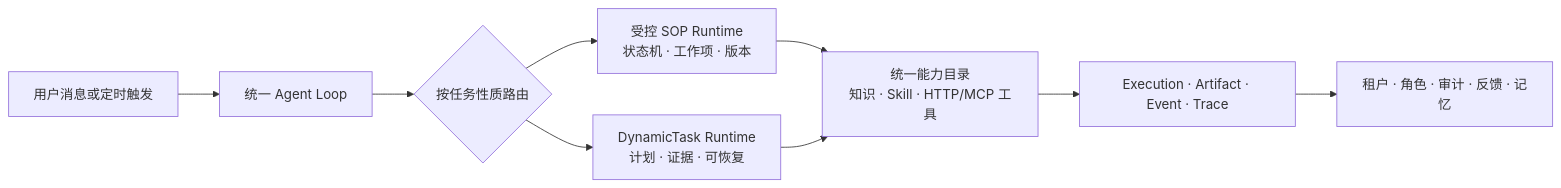
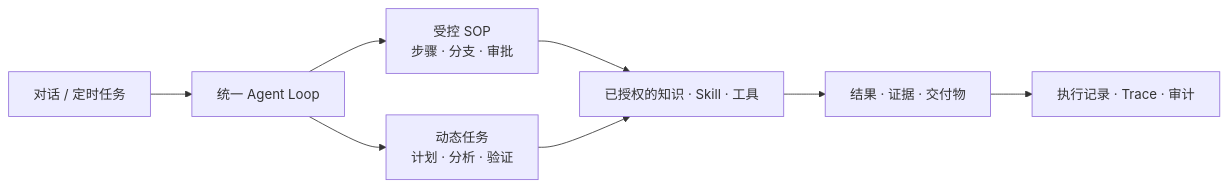
One commit to CalmBuilder/gongge-xuban changed the diagram in README.md. Above: the diagram before and after it, drawn with Mermaid. The commit also changed other lines of this file and 1 other file, not shown here.

````diff
--- a/README.md
+++ b/README.md
@@ -75,11 +115,10 @@
 ```mermaid
 flowchart LR
-    U[用户消息或定时触发] --> L[统一 Agent Loop]
-    L --> R{按任务性质路由}
-    R --> S[受控 SOP Runtime<br/>状态机 · 工作项 · 版本]
-    R --> D[DynamicTask Runtime<br/>计划 · 证据 · 可恢复]
-    S --> C[统一能力目录<br/>知识 · Skill · HTTP/MCP 工具]
+    U["对话 / 定时任务"] --> L["统一 Agent Loop"]
+    L --> S["受控 SOP<br/>步骤 · 分支 · 审批"]
+    L --> D["动态任务<br/>计划 · 分析 · 验证"]
+    S --> C["已授权的知识 · Skill · 工具"]
     D --> C
-    C --> X[Execution · Artifact · Event · Trace]
-    X --> G[租户 · 角色 · 审计 · 反馈 · 记忆]
+    C --> R["结果 · 证据 · 交付物"]
+    R --> T["执行记录 · Trace · 审计"]
 ```
````
